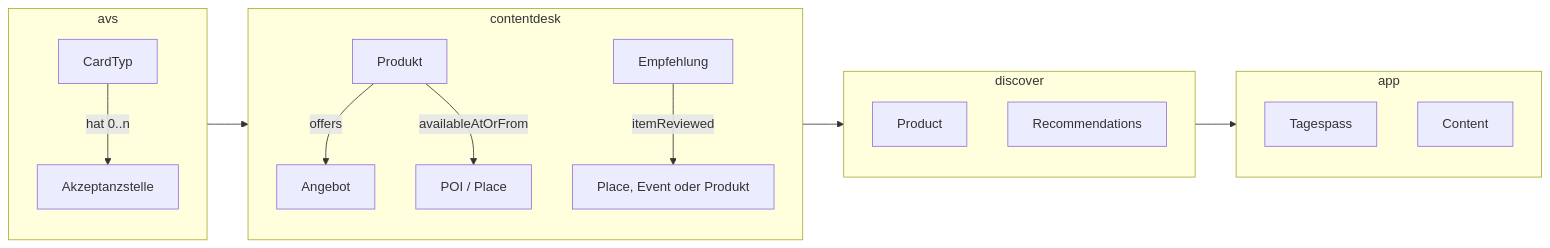
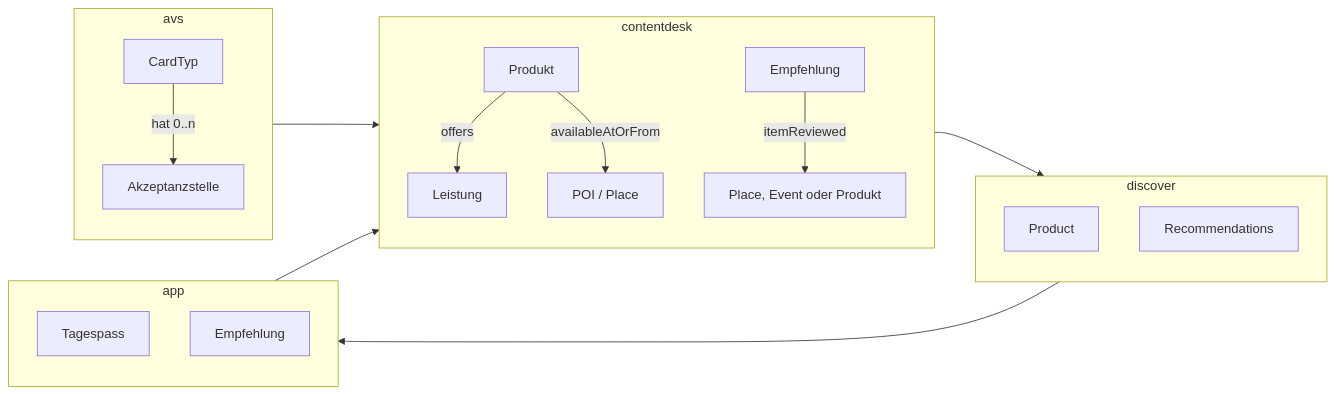
The second of 8 diagrams in docs/dev/projects/glarnerlandApp.md (tsolenthaler/docs.contentdesk.io), drawn with Mermaid before and after one commit.

Commit message:
Refactor graph orientation and update class diagram properties in glarnerlandApp.md

````diff
--- a/docs/dev/projects/glarnerlandApp.md
+++ b/docs/dev/projects/glarnerlandApp.md
@@ -36,27 +36,27 @@
 ``` mermaid
 graph LR
     subgraph avs
         direction TB
         CardTyp --> | hat 0..n| Akzeptanzstelle
     end
     subgraph contentdesk
         direction TB
         Produkt --> |offers| Angebot
         Produkt --> |availableAtOrFrom| Ort["POI / Place"]
         Empfehlung --> |itemReviewed| item["Place, Event oder Produkt"]
     end
     subgraph discover
         direction TB
         Product
         Recommendations
     end
     subgraph app
         direction TB
-        Tagespass
-        Content
+        Tagespass --> Angebot["Leistung"]
+        Content["Empfehlung"]
     end
 
     avs --> contentdesk
     contentdesk --> discover
     discover --> app
 ```
````
